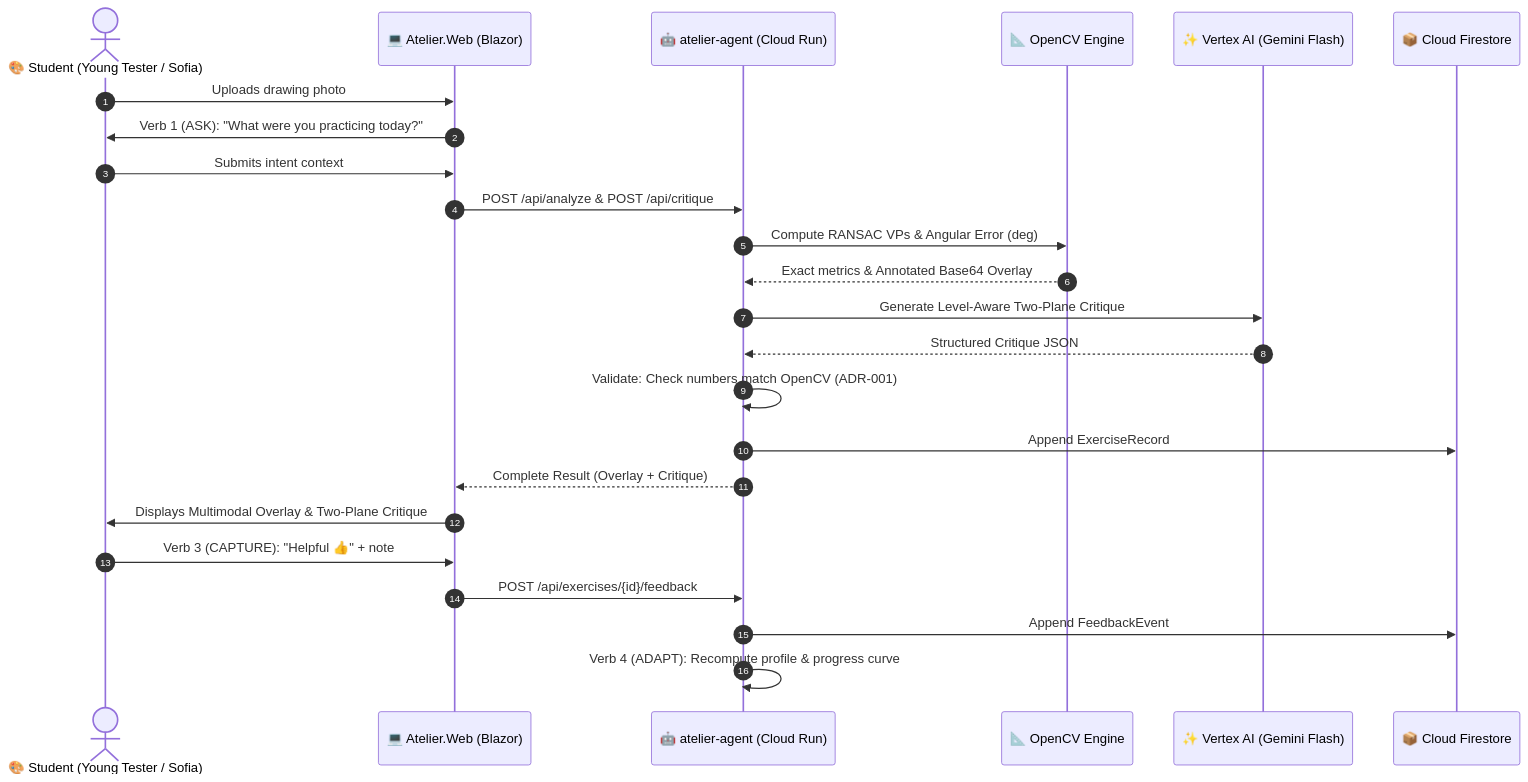
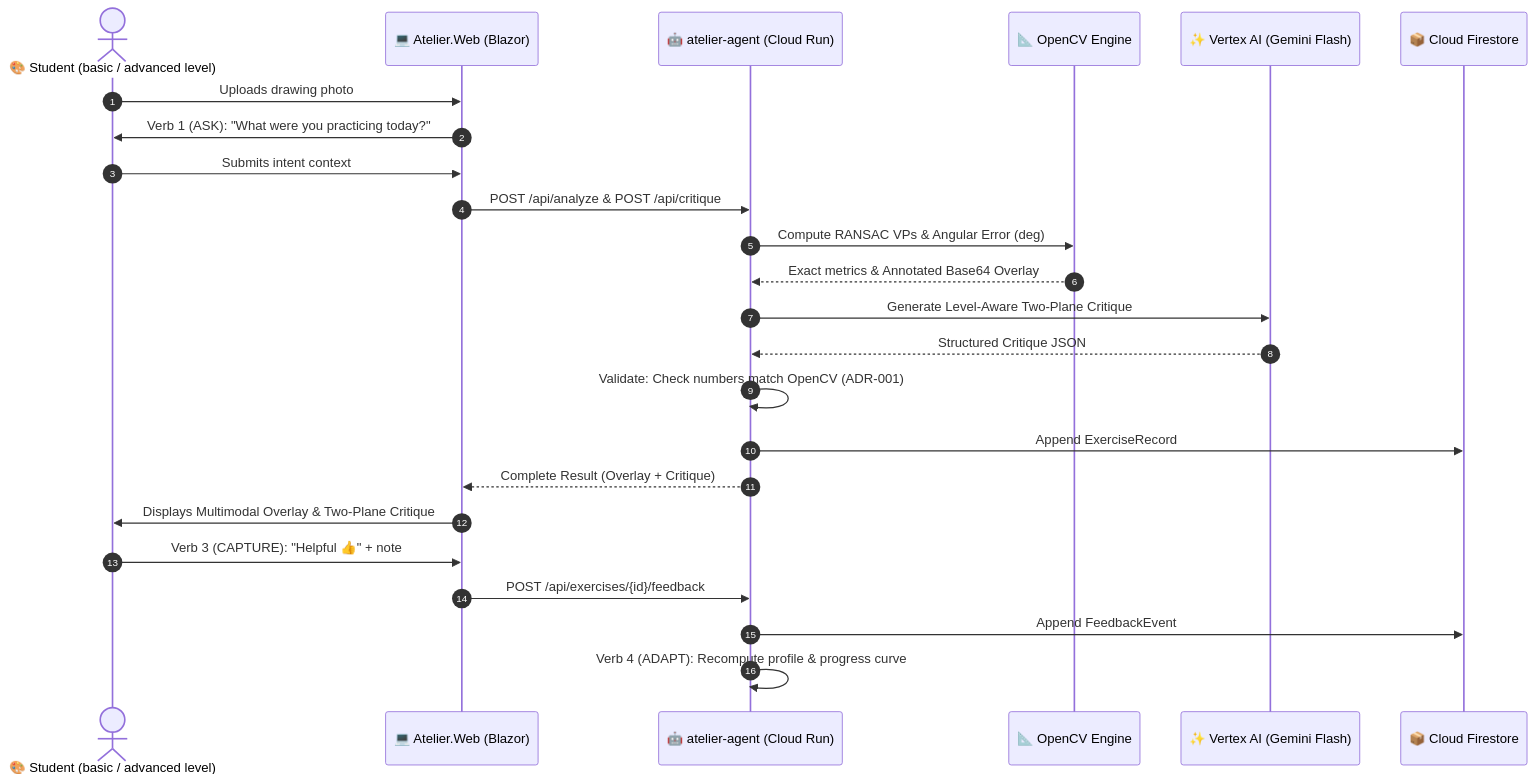
One commit to hvaler/atelier changed the second of 2 diagrams in docs/ARCHITECTURE.md. Above: the diagram before and after it, drawn with Mermaid. The commit also changed 33 other files, not shown here.

````diff
--- a/docs/ARCHITECTURE.md
+++ b/docs/ARCHITECTURE.md
@@ -89,27 +89,27 @@
 ```mermaid
 sequenceDiagram
     autonumber
-    actor Student as 🎨 Student (Young Tester / Sofia)
+    actor Student as 🎨 Student (basic / advanced level)
     participant Web as 💻 Atelier.Web (Blazor)
     participant Agent as 🤖 atelier-agent (Cloud Run)
     participant CV as 📐 OpenCV Engine
     participant Vertex as ✨ Vertex AI (Gemini Flash)
     participant DB as 📦 Cloud Firestore
 
     Student->>Web: Uploads drawing photo
     Web->>Student: Verb 1 (ASK): "What were you practicing today?"
     Student->>Web: Submits intent context
     Web->>Agent: POST /api/analyze & POST /api/critique
     Agent->>CV: Compute RANSAC VPs & Angular Error (deg)
     CV-->>Agent: Exact metrics & Annotated Base64 Overlay
     Agent->>Vertex: Generate Level-Aware Two-Plane Critique
     Vertex-->>Agent: Structured Critique JSON
     Agent->>Agent: Validate: Check numbers match OpenCV (ADR-001)
     Agent->>DB: Append ExerciseRecord
     Agent-->>Web: Complete Result (Overlay + Critique)
     Web->>Student: Displays Multimodal Overlay & Two-Plane Critique
     Student->>Web: Verb 3 (CAPTURE): "Helpful 👍" + note
     Web->>Agent: POST /api/exercises/{id}/feedback
     Agent->>DB: Append FeedbackEvent
     Agent->>Agent: Verb 4 (ADAPT): Recompute profile & progress curve
 ```
````
